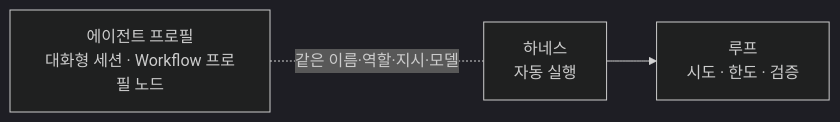
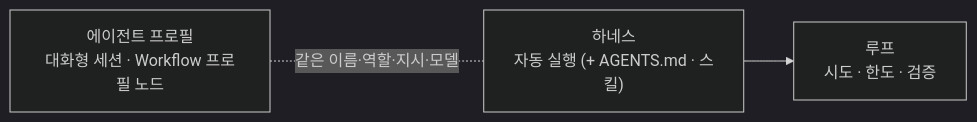
The third of 3 diagrams in docs/guide/engineering.md (thdrmsqhd/omp-live-map), drawn with Mermaid (dark theme) before and after one commit. The commit also changed other lines of this file and 13 other files, not shown here.

````diff
--- a/docs/guide/engineering.md
+++ b/docs/guide/engineering.md
@@ -81,5 +131,5 @@
 ```mermaid
 flowchart LR
-  P["에이전트 프로필<br/>대화형 세션 · Workflow 프로필 노드"] -. "같은 이름·역할·지시·모델" .- H["하네스<br/>자동 실행"]
+  P["에이전트 프로필<br/>대화형 세션 · Workflow 프로필 노드"] -. "같은 이름·역할·지시·모델" .- H["하네스<br/>자동 실행 (+ AGENTS.md · 스킬)"]
   H --> L["루프<br/>시도 · 한도 · 검증"]
 ```
````
